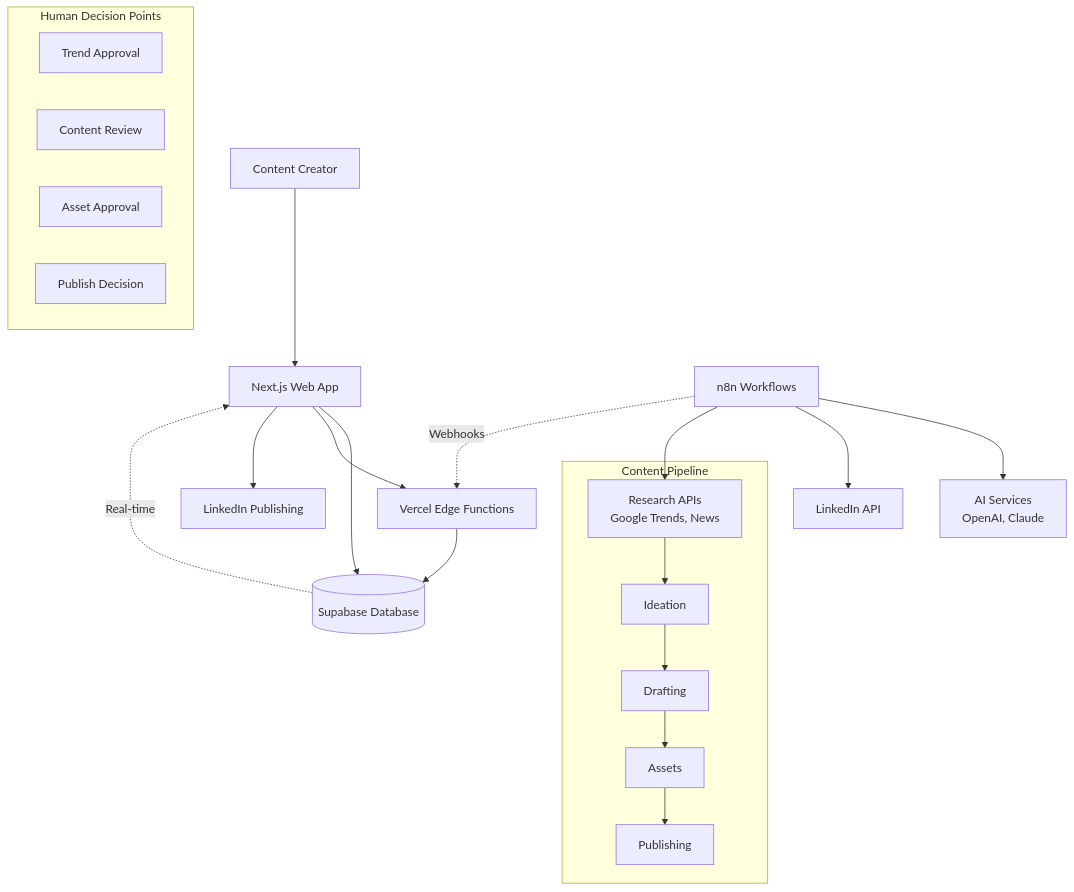
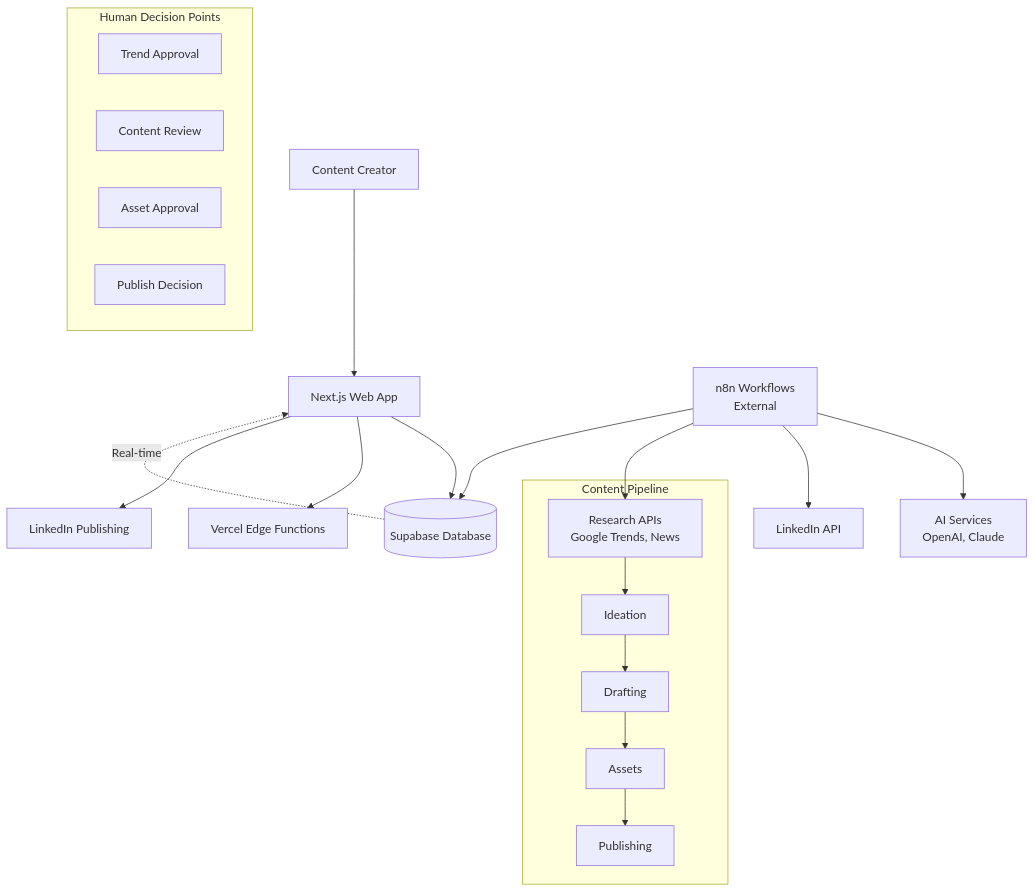
One commit to theaussie86/WA-Management changed the diagram in docs/architecture/high-level-architecture.md. Above: the diagram before and after it, drawn with Mermaid. The commit also changed other lines of this file and 5 other files, not shown here.

````diff
--- a/docs/architecture/high-level-architecture.md
+++ b/docs/architecture/high-level-architecture.md
@@ -27,30 +28,28 @@
 ```mermaid
 graph TB
     User[Content Creator] --> WebApp[Next.js Web App]
     WebApp --> Supabase[(Supabase Database)]
     WebApp --> VercelEdge[Vercel Edge Functions]
 
-    n8n[n8n Workflows] --> AI[AI Services<br/>OpenAI, Claude]
+    n8n[n8n Workflows<br/>External] --> AI[AI Services<br/>OpenAI, Claude]
     n8n --> LinkedIn[LinkedIn API]
     n8n --> Research[Research APIs<br/>Google Trends, News]
-
-    n8n -.->|Webhooks| VercelEdge
-    VercelEdge --> Supabase
+    n8n --> Supabase
 
     Supabase -.->|Real-time| WebApp
     WebApp --> LinkedInPub[LinkedIn Publishing]
 
     subgraph "Content Pipeline"
         Research --> Ideation
         Ideation --> Drafting
         Drafting --> Assets
         Assets --> Publishing
     end
 
     subgraph "Human Decision Points"
         TrendApproval[Trend Approval]
         ContentReview[Content Review]
         AssetApproval[Asset Approval]
         PublishDecision[Publish Decision]
     end
 ```
````
